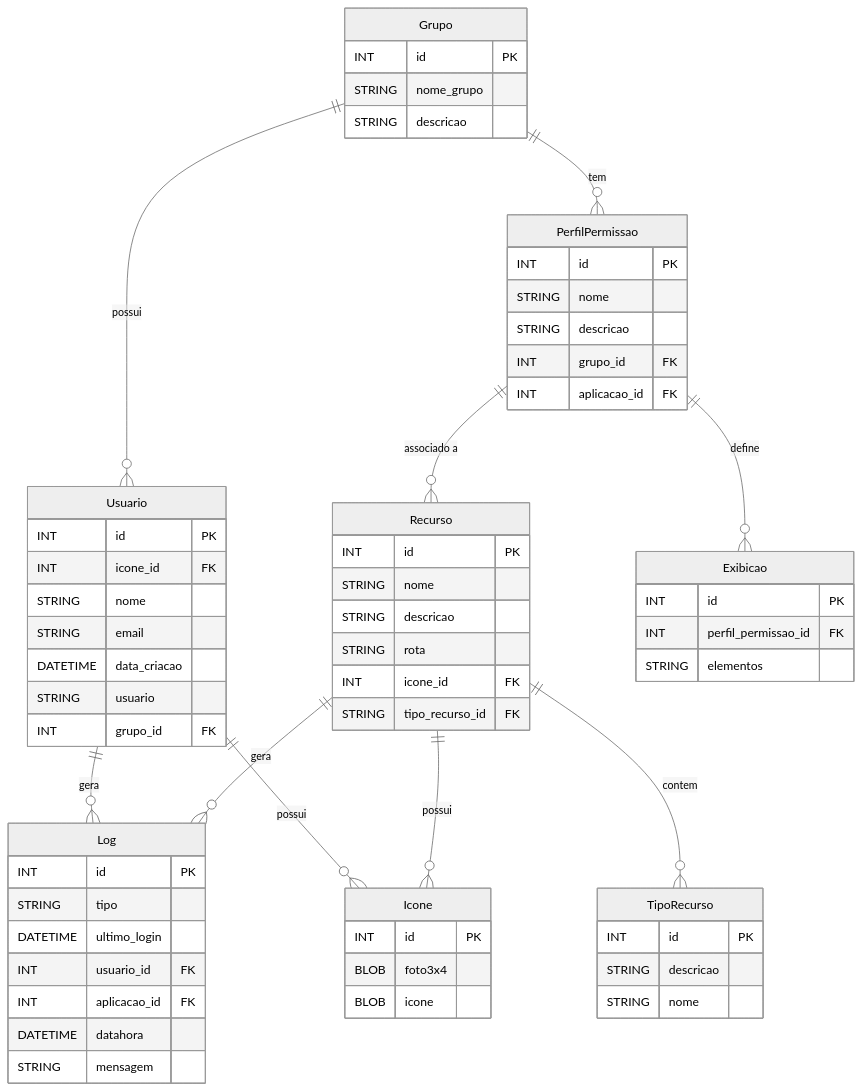
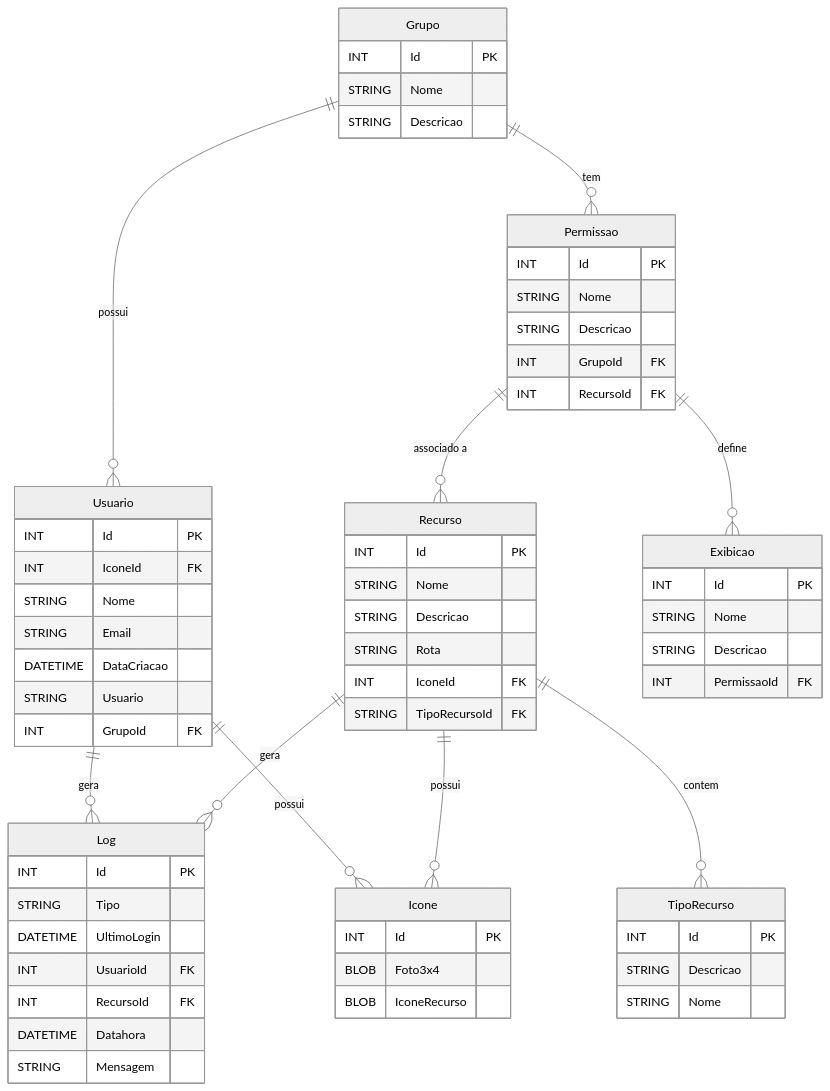
One commit to ruthmira-1risjc/exemplo-banco changed the first of 2 diagrams in propostas_banco/descricao_modelofinal.md. Above: the diagram before and after it, drawn with Mermaid (neutral theme). The commit also changed other lines of this file and 1 other file, not shown here.

Commit message:
correções

````diff
--- a/propostas_banco/descricao_modelofinal.md
+++ b/propostas_banco/descricao_modelofinal.md
@@ -167,75 +167,77 @@
 ```mermaid
 erDiagram
 
     Grupo {
-        INT id PK
-        STRING nome_grupo
-        STRING descricao
+        INT Id PK
+        STRING Nome
+        STRING Descricao
     }
     
     Usuario {
-        INT id PK
-        INT icone_id FK
-        STRING nome
-        STRING email
-        DATETIME data_criacao
-        STRING usuario
-        INT grupo_id FK
+        INT Id PK
+        INT IconeId FK
+        STRING Nome
+        STRING Email
+        DATETIME DataCriacao
+        STRING Usuario
+        INT GrupoId FK
     }
 
     
     Icone {
-        INT id PK
-        BLOB foto3x4
-        BLOB icone
+        INT Id PK
+        BLOB Foto3x4
+        BLOB IconeRecurso
     }
     
     Recurso {
-        INT id PK
-        STRING nome
-        STRING descricao
-        STRING rota
-         INT icone_id FK
-        STRING tipo_recurso_id FK
+        INT Id PK
+        STRING Nome
+        STRING Descricao
+        STRING Rota
+         INT IconeId FK
+        STRING TipoRecursoId FK
     }
 
      TipoRecurso {
-        INT id PK
-        STRING descricao
-        STRING nome
+        INT Id PK
+        STRING Descricao
+        STRING Nome
     }
     
     Log {
-        INT id PK
-        STRING tipo
-        DATETIME ultimo_login
-        INT usuario_id FK
-        INT aplicacao_id FK
-        DATETIME datahora
-        STRING mensagem
+        INT Id PK
+        STRING Tipo
+        DATETIME UltimoLogin
+        INT UsuarioId FK
+        INT RecursoId FK
+        DATETIME Datahora
+        STRING Mensagem
     }
     
-    PerfilPermissao {
-        INT id PK
-        STRING nome
-        STRING descricao
-        INT grupo_id FK
-        INT aplicacao_id FK
+    Permissao {
+        INT Id PK
+        STRING Nome
+        STRING Descricao
+        INT GrupoId FK
+        INT RecursoId FK
     }
     
     Exibicao {
-        INT id PK
-        INT perfil_permissao_id FK
-        STRING elementos
+        INT Id PK
+        STRING Nome
+        STRING Descricao
+        INT PermissaoId FK
+
     }
     
     Grupo ||--o{ Usuario : "possui"
-    Grupo ||--o{ PerfilPermissao : "tem"
-    PerfilPermissao ||--o{ Recurso : "associado a"
-    PerfilPermissao ||--o{ Exibicao : "define"
+    Grupo ||--o{ Permissao : "tem"
+    Permissao ||--o{ Recurso : "associado a"
+    Permissao ||--o{ Exibicao : "define"
     Usuario ||--o{ Log : "gera"
     Usuario ||--o{ Icone : "possui"
     Recurso ||--o{ Icone : "possui"
     Recurso ||--o{ Log : "gera"
     Recurso ||--o{ TipoRecurso : "contem"
 ```
````
